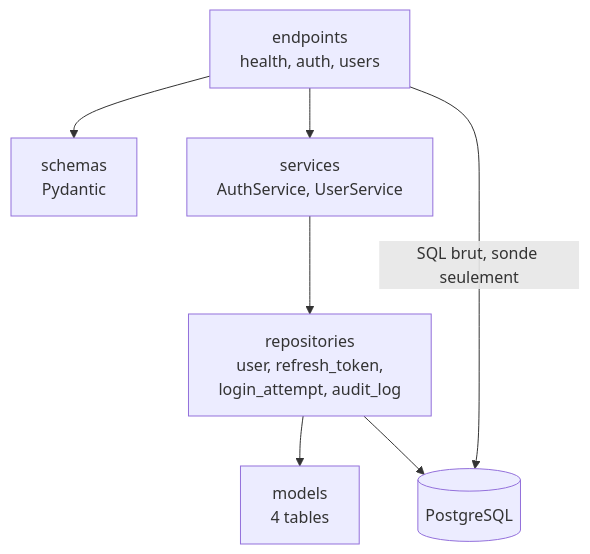
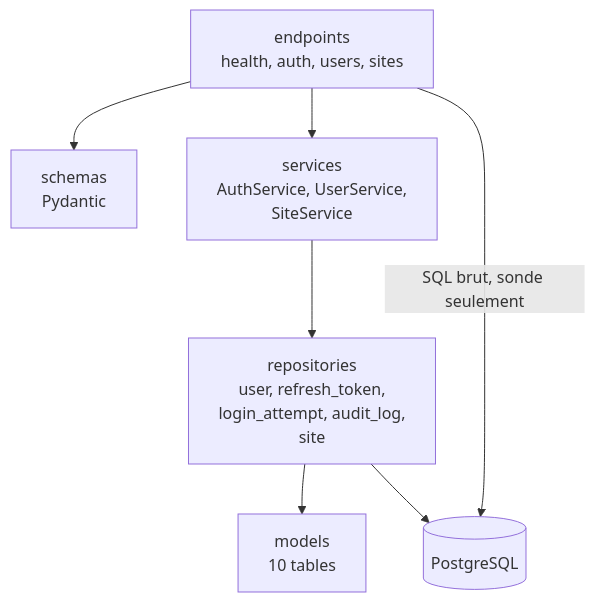
Before and after one commit to ineszang/ProjetPiscine_EnerVision: the first of 3 diagrams in docs/architecture/20-backend.md, drawn with Mermaid. The commit also changed other lines of this file and 13 other files, not shown here.

Commit message:
feat(backend): ajoute les endpoints GET /sites et GET /sites/{site_id}

````diff
--- a/docs/architecture/20-backend.md
+++ b/docs/architecture/20-backend.md
@@ -13,16 +13,16 @@
 ```mermaid
 flowchart TB
-  ep["endpoints<br/>health, auth, users"]
+  ep["endpoints<br/>health, auth, users, sites"]
   sc["schemas<br/>Pydantic"]
-  sv["services<br/>AuthService, UserService"]
-  rp["repositories<br/>user, refresh_token,<br/>login_attempt, audit_log"]
-  md["models<br/>4 tables"]
+  sv["services<br/>AuthService, UserService,<br/>SiteService"]
+  rp["repositories<br/>user, refresh_token,<br/>login_attempt, audit_log,<br/>site"]
+  md["models<br/>10 tables"]
   db[("PostgreSQL")]
 
   ep --> sc
   ep --> sv
   sv --> rp
   rp --> md
   ep -->|"SQL brut, sonde seulement"| db
   rp --> db
 ```
````
